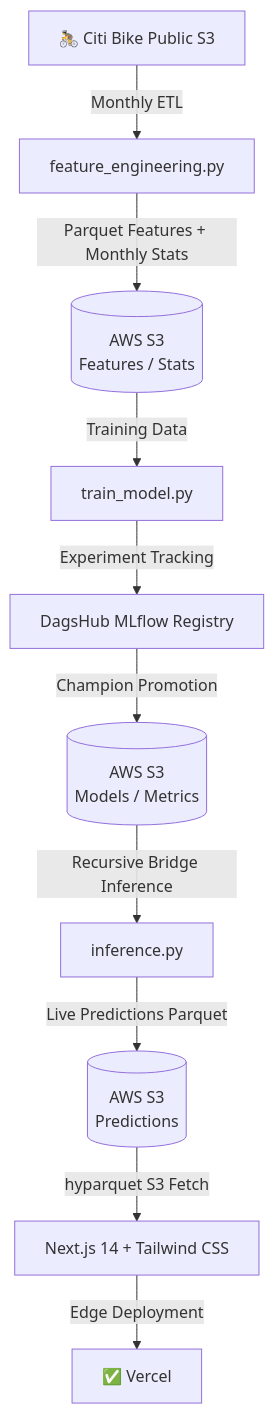
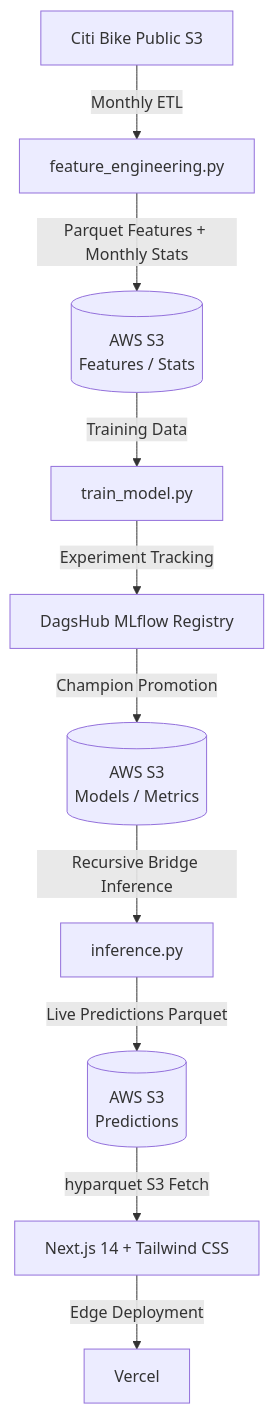
The diagram in README.md (rockyglen/bike_Taxi), drawn with Mermaid before and after one commit. The commit also changed other lines of this file and 16 other files, not shown here.

````diff
--- a/README.md
+++ b/README.md
@@ -32,12 +32,12 @@
 ```mermaid
 graph TD
-    A["🚴 Citi Bike Public S3"] -->|Monthly ETL| B["feature_engineering.py"]
+    A[" Citi Bike Public S3"] -->|Monthly ETL| B["feature_engineering.py"]
     B -->|Parquet Features + Monthly Stats| C[("AWS S3\nFeatures / Stats")]
     C -->|Training Data| D["train_model.py"]
     D -->|Experiment Tracking| E["DagsHub MLflow Registry"]
     E -->|Champion Promotion| F[("AWS S3\nModels / Metrics")]
     F -->|Recursive Bridge Inference| G["inference.py"]
     G -->|Live Predictions Parquet| H[("AWS S3\nPredictions")]
     H -->|hyparquet S3 Fetch| I["Next.js 14 + Tailwind CSS"]
-    I -->|Edge Deployment| J["✅ Vercel"]
+    I -->|Edge Deployment| J[" Vercel"]
 ```
````
